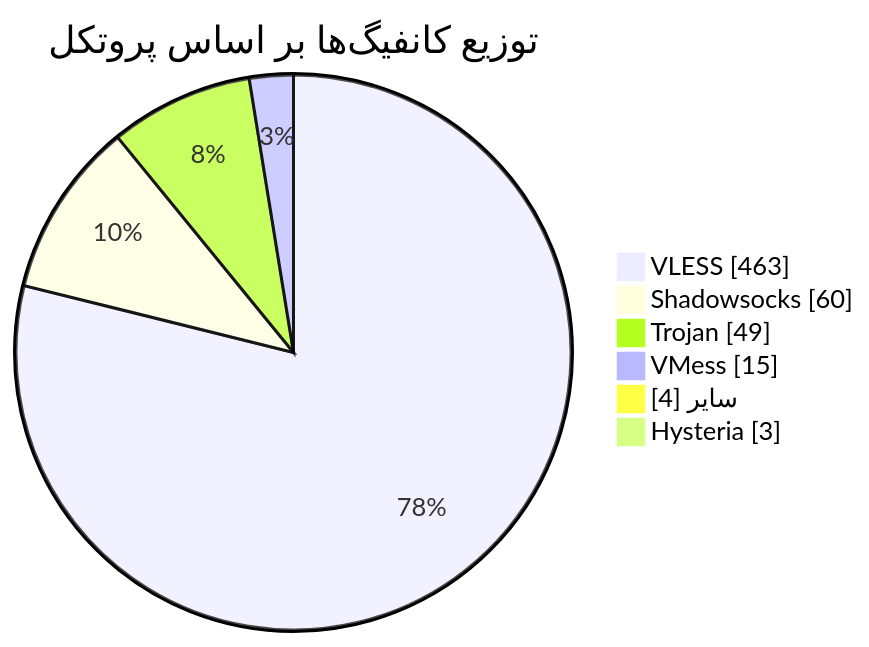
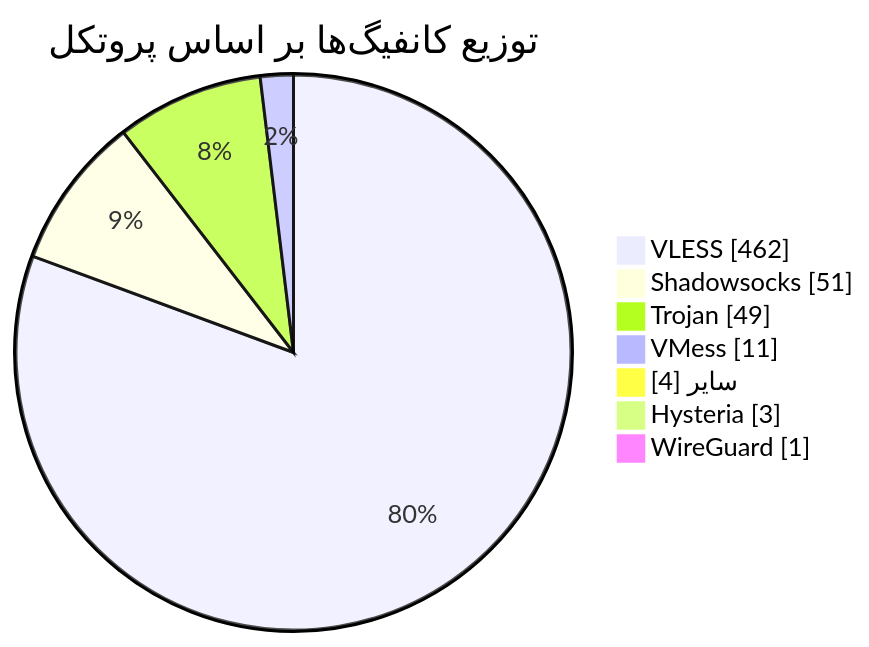
The diagram in README.md (Arian-Alijani/Somthing), drawn with Mermaid before and after one commit. The commit also changed other lines of this file and 17 other files, not shown here.

````diff
--- a/README.md
+++ b/README.md
@@ -48,10 +49,11 @@
 ```mermaid
 pie showData
     title توزیع کانفیگ‌ها بر اساس پروتکل
-    "VLESS" : 463
-    "Shadowsocks" : 60
+    "VLESS" : 462
+    "Shadowsocks" : 51
     "Trojan" : 49
-    "VMess" : 15
+    "VMess" : 11
     "سایر" : 4
     "Hysteria" : 3
+    "WireGuard" : 1
 ```
````
